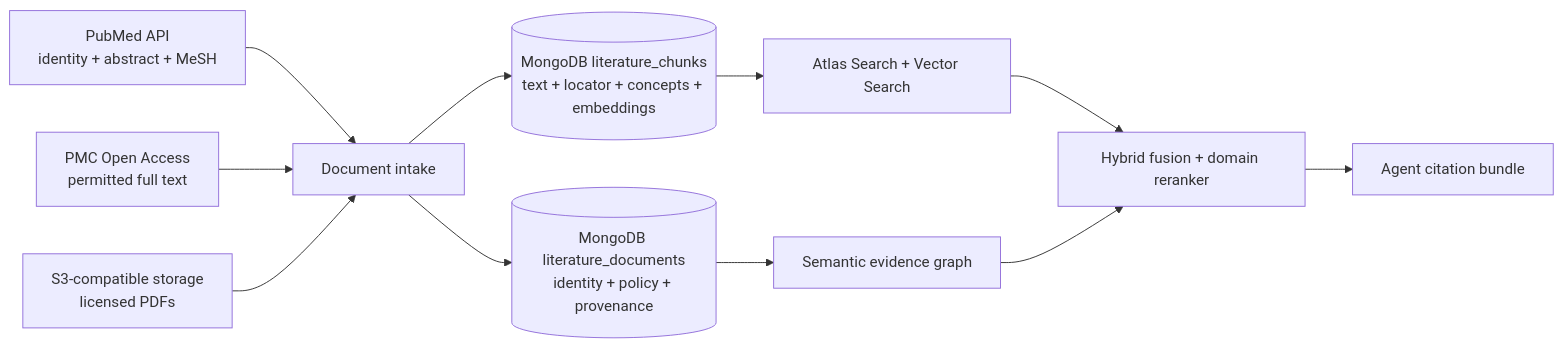
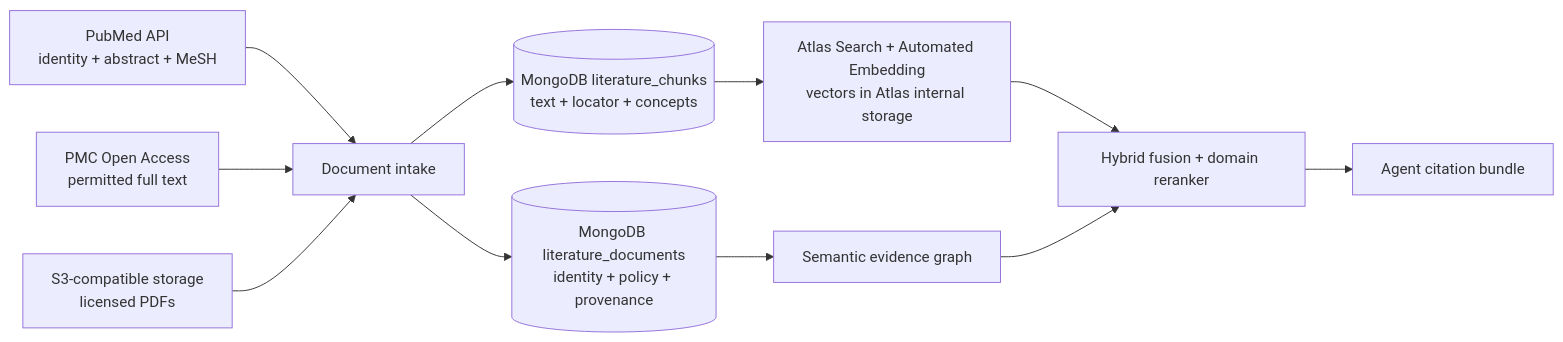
Before and after one commit to mongodb-industry-solutions/AI-Ready-Nonclinical-Safety: the first of 2 diagrams in docs/ai-architecture.md, drawn with Mermaid. The commit also changed other lines of this file and 27 other files, not shown here.

Commit message:
Use Atlas Automated Embedding and omit empty projections

````diff
--- a/docs/ai-architecture.md
+++ b/docs/ai-architecture.md
@@ -23,13 +23,13 @@
 ```mermaid
 flowchart LR
   A[PubMed API<br/>identity + abstract + MeSH] --> D[Document intake]
   B[PMC Open Access<br/>permitted full text] --> D
   C[S3-compatible storage<br/>licensed PDFs] --> D
   D --> E[(MongoDB literature_documents<br/>identity + policy + provenance)]
-  D --> F[(MongoDB literature_chunks<br/>text + locator + concepts + embeddings)]
-  F --> G[Atlas Search + Vector Search]
+  D --> F[(MongoDB literature_chunks<br/>text + locator + concepts)]
+  F --> G[Atlas Search + Automated Embedding<br/>vectors in Atlas internal storage]
   E --> H[Semantic evidence graph]
   G --> I[Hybrid fusion + domain reranker]
   H --> I
   I --> J[Agent citation bundle]
 ```
````
